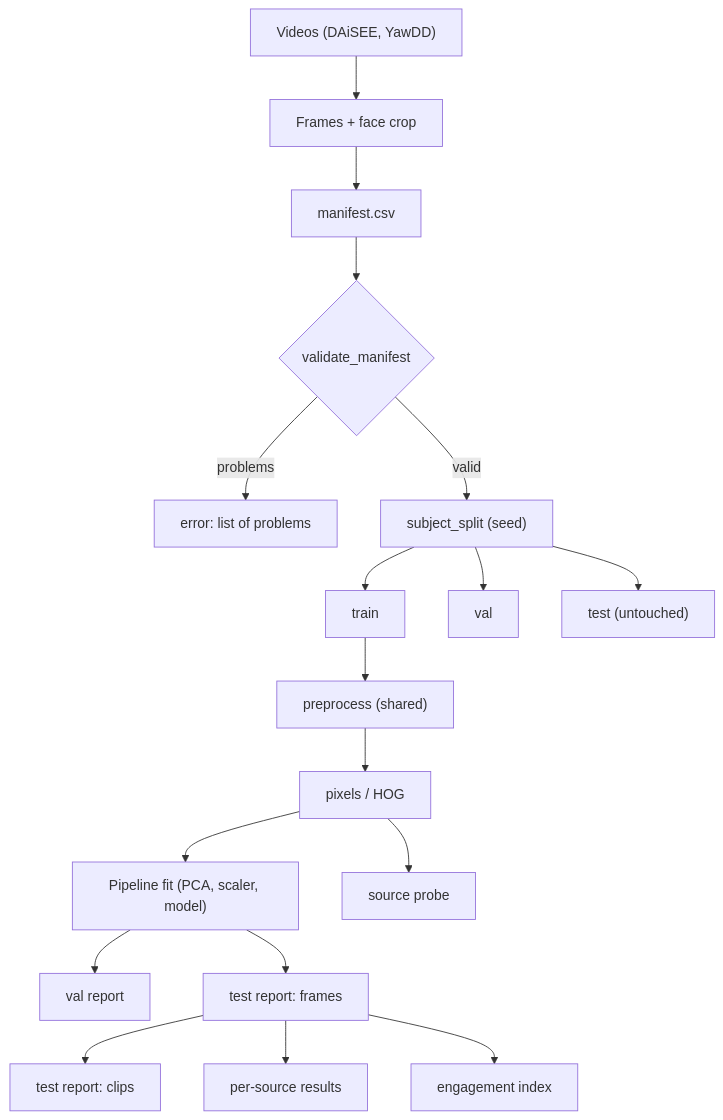
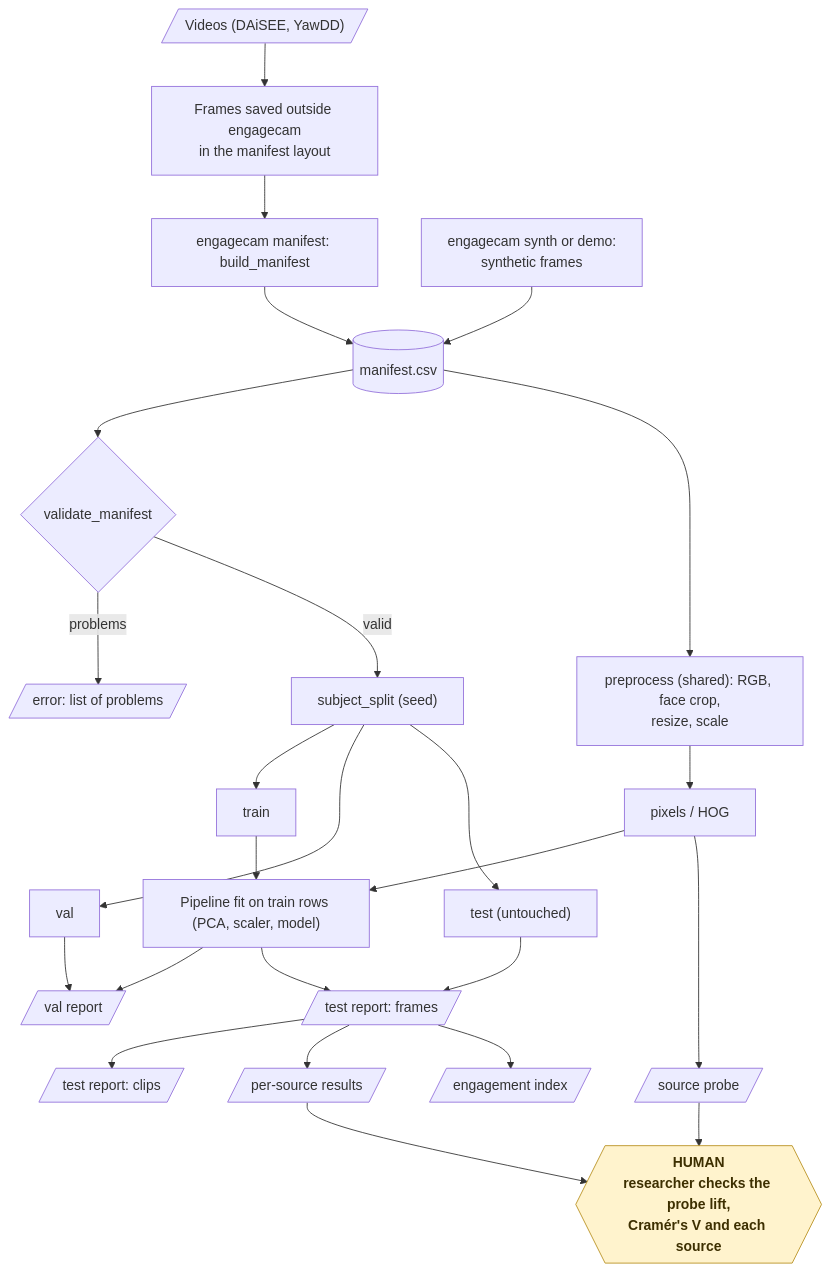
One commit to KrishnaAnnavaram/engagecam changed the fifth of 16 diagrams in README.md. Above: the diagram before and after it, drawn with Mermaid. The commit also changed other lines of this file, not shown here.

Commit message:
Add the workflow diagrams to the README

````diff
--- a/README.md
+++ b/README.md
@@ -217,16 +277,28 @@
 ```mermaid
-flowchart TB
-    V["Videos (DAiSEE, YawDD)"] --> FR["Frames + face crop"] --> MAN["manifest.csv"]
+flowchart TD
+    V[/"Videos (DAiSEE, YawDD)"/] --> FR["Frames saved outside engagecam<br/>in the manifest layout"]
+    FR --> SCAN["engagecam manifest: build_manifest"]
+    SYN["engagecam synth or demo:<br/>synthetic frames"] --> MAN
+    SCAN --> MAN[("manifest.csv")]
     MAN --> VAL{"validate_manifest"}
-    VAL -- "problems" --> ERR["error: list of problems"]
+    VAL -- "problems" --> ERR[/"error: list of problems"/]
     VAL -- "valid" --> SPL["subject_split (seed)"]
     SPL --> TR["train"]
     SPL --> VA["val"]
     SPL --> TE["test (untouched)"]
-    TR --> PRE["preprocess (shared)"] --> FEAT["pixels / HOG"] --> FIT["Pipeline fit (PCA, scaler, model)"]
-    FIT --> PV["val report"]
-    FIT --> PT["test report: frames"] --> CL["test report: clips"]
-    PT --> SRC["per-source results"]
-    FEAT --> PROBE["source probe"]
-    PT --> IDX["engagement index"]
+    MAN --> PRE["preprocess (shared): RGB, face crop,<br/>resize, scale"] --> FEAT["pixels / HOG"]
+    FEAT --> FIT["Pipeline fit on train rows (PCA, scaler, model)"]
+    TR --> FIT
+    FIT --> PV[/"val report"/]
+    VA --> PV
+    FIT --> PT[/"test report: frames"/] --> CL[/"test report: clips"/]
+    TE --> PT
+    PT --> SRC[/"per-source results"/]
+    FEAT --> PROBE[/"source probe"/]
+    PT --> IDX[/"engagement index"/]
+    PROBE --> HUMAN{{"HUMAN<br/>researcher checks the probe lift,<br/>Cramér's V and each source"}}
+    SRC --> HUMAN
+
+    classDef human fill:#fff3cd,stroke:#b8901f,color:#3d2f00,font-weight:bold
+    class HUMAN human
 ```
````
